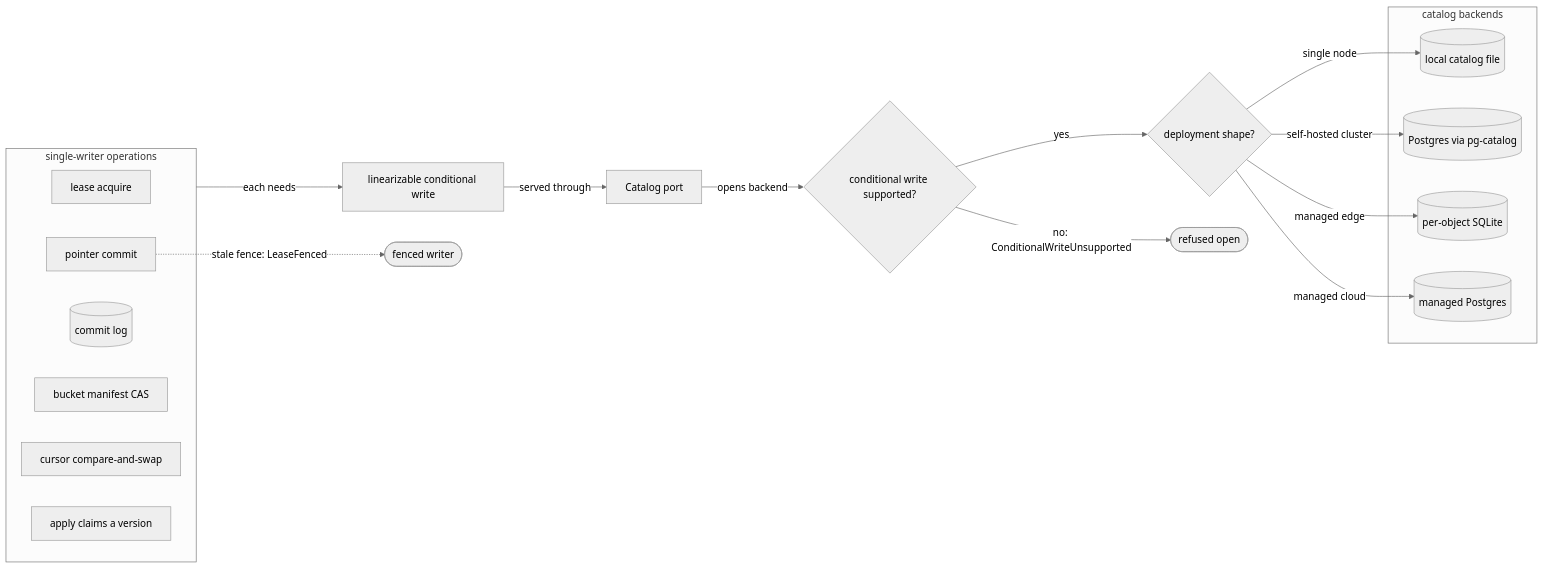
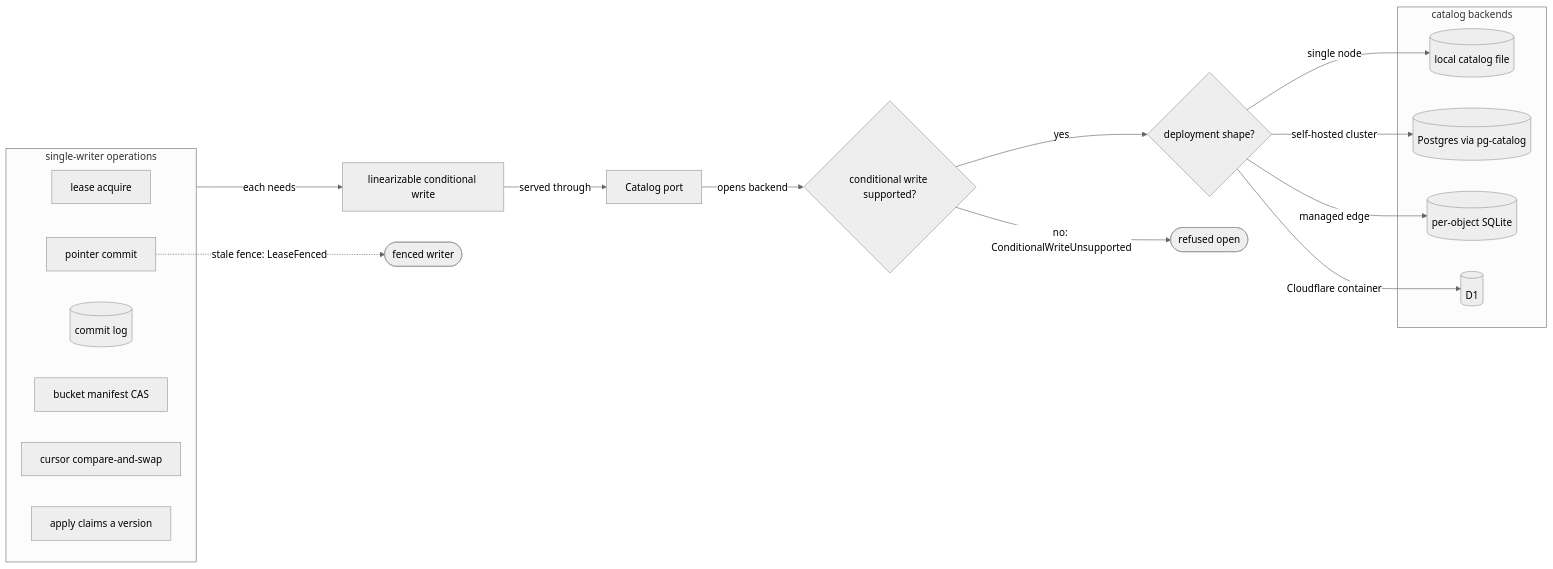
One commit to fractalboxdev/contextful changed the fifth of 5 diagrams in spec/01-topology.md. Above: the diagram before and after it, drawn with Mermaid (neutral theme). The commit also changed other lines of this file and 43 other files, not shown here.

````diff
--- a/spec/01-topology.md
+++ b/spec/01-topology.md
@@ -318,34 +318,34 @@
 ```mermaid
 flowchart LR
   subgraph OPS["single-writer operations"]
     LA["lease acquire"]
     PTR["pointer commit"]
     CL[("commit log")]
     MAN["bucket manifest CAS"]
     CUR["cursor compare-and-swap"]
     APPLY["apply claims a version"]
   end
   PRIM["linearizable conditional write"]
   PORT["Catalog port"]
   CW{"conditional write supported?"}
   SHAPE{"deployment shape?"}
   subgraph BACKENDS["catalog backends"]
     LOCAL[("local catalog file")]
     PG[("Postgres via pg-catalog")]
     SQLITE[("per-object SQLite")]
-    MPG[("managed Postgres")]
+    D1[("D1")]
   end
   NOOPEN(["refused open"])
   FENCED(["fenced writer"])
 
   OPS -- "each needs" --> PRIM
   PRIM -- "served through" --> PORT
   PORT -- "opens backend" --> CW
   CW -- "no: ConditionalWriteUnsupported" --> NOOPEN
   CW -- "yes" --> SHAPE
   SHAPE -- "single node" --> LOCAL
   SHAPE -- "self-hosted cluster" --> PG
   SHAPE -- "managed edge" --> SQLITE
-  SHAPE -- "managed cloud" --> MPG
+  SHAPE -- "Cloudflare container" --> D1
   PTR -. "stale fence: LeaseFenced" .-> FENCED
 ```
````
